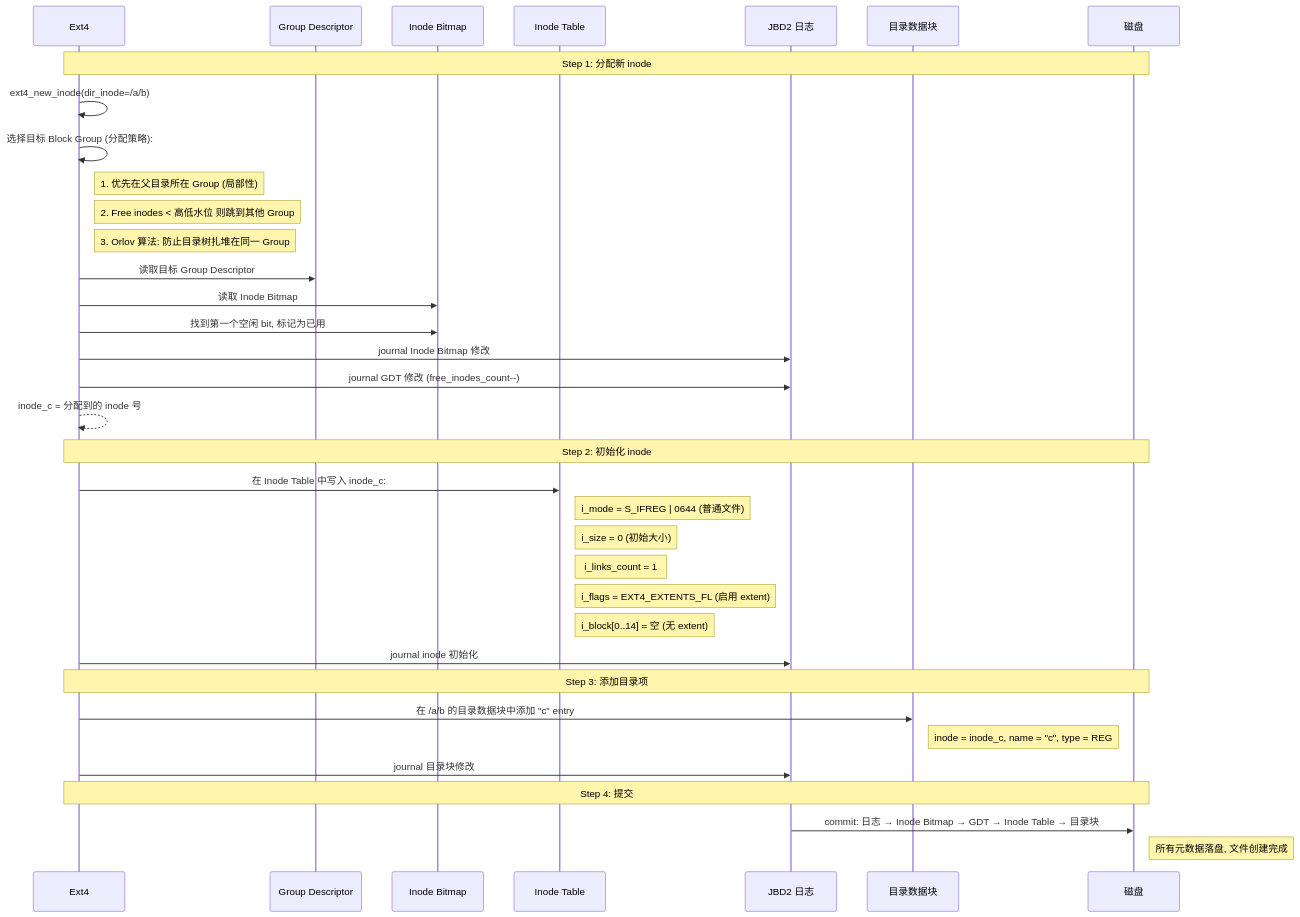
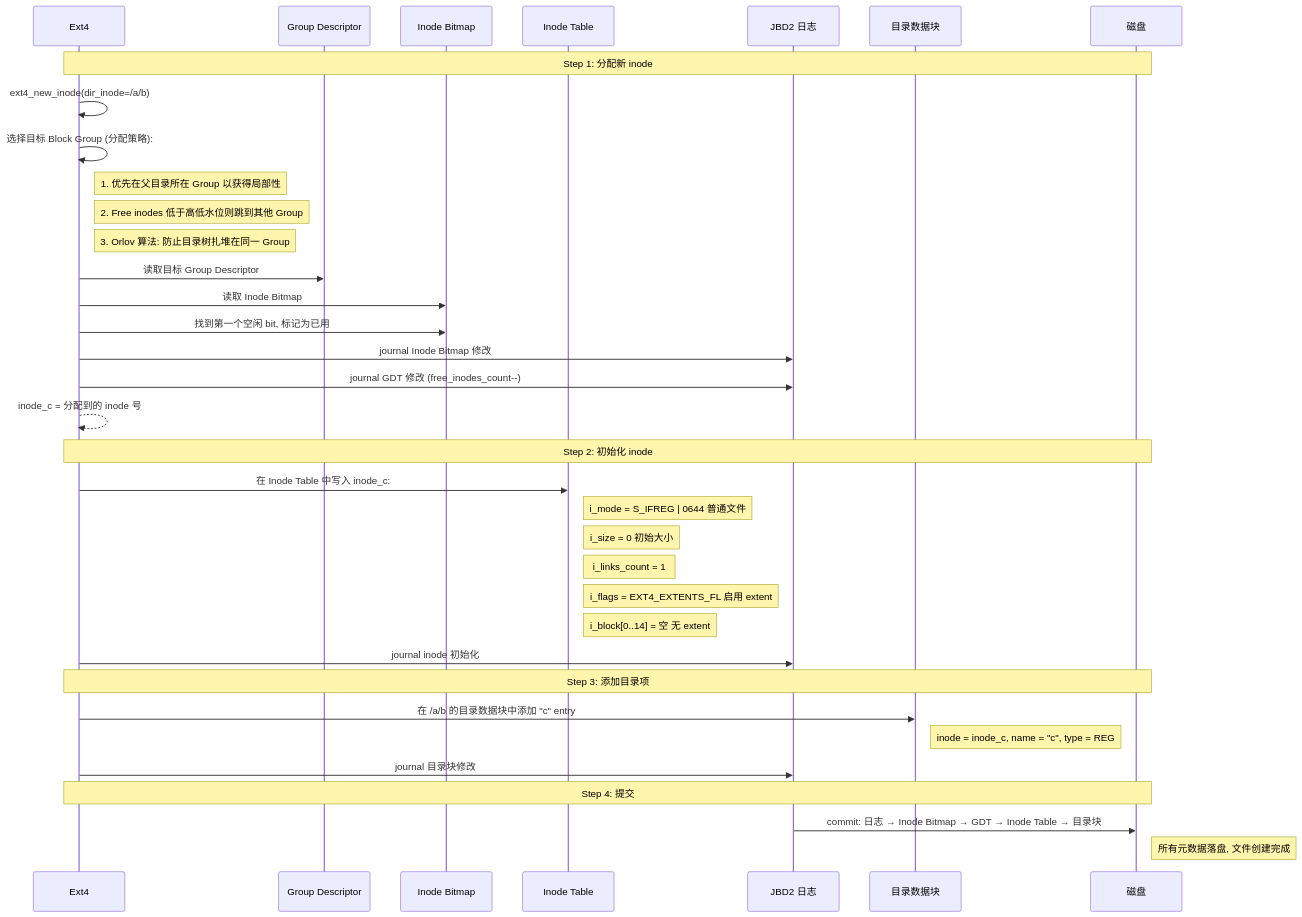
One commit to carlvinhust2012/MyStudy changed the third of 5 diagrams in Storage/ext4/ext4写入文件分析.md. Above: the diagram before and after it, drawn with Mermaid. The commit also changed other lines of this file, not shown here.

Commit message:
update the ext4 file

````diff
--- a/Storage/ext4/ext4写入文件分析.md
+++ b/Storage/ext4/ext4写入文件分析.md
@@ -245,45 +246,45 @@
 ```mermaid
 sequenceDiagram
     participant EXT as Ext4
     participant GDT as Group Descriptor
     participant IBMP as Inode Bitmap
     participant IT as Inode Table
     participant JBD2 as JBD2 日志
     participant DB as 目录数据块
     participant Disk as 磁盘
 
     Note over EXT,Disk: Step 1: 分配新 inode
 
     EXT->>EXT: ext4_new_inode(dir_inode=/a/b)
     EXT->>EXT: 选择目标 Block Group (分配策略):
-    Note right of EXT: 1. 优先在父目录所在 Group (局部性)
-    Note right of EXT: 2. Free inodes < 高低水位 则跳到其他 Group
+    Note right of EXT: 1. 优先在父目录所在 Group 以获得局部性
+    Note right of EXT: 2. Free inodes 低于高低水位则跳到其他 Group
     Note right of EXT: 3. Orlov 算法: 防止目录树扎堆在同一 Group
     EXT->>GDT: 读取目标 Group Descriptor
     EXT->>IBMP: 读取 Inode Bitmap
     EXT->>IBMP: 找到第一个空闲 bit, 标记为已用
     EXT->>JBD2: journal Inode Bitmap 修改
     EXT->>JBD2: journal GDT 修改 (free_inodes_count--)
     EXT-->>EXT: inode_c = 分配到的 inode 号
 
     Note over EXT,Disk: Step 2: 初始化 inode
 
     EXT->>IT: 在 Inode Table 中写入 inode_c:
-    Note right of IT: i_mode = S_IFREG | 0644 (普通文件)
-    Note right of IT: i_size = 0 (初始大小)
+    Note right of IT: i_mode = S_IFREG | 0644 普通文件
+    Note right of IT: i_size = 0 初始大小
     Note right of IT: i_links_count = 1
-    Note right of IT: i_flags = EXT4_EXTENTS_FL (启用 extent)
-    Note right of IT: i_block[0..14] = 空 (无 extent)
+    Note right of IT: i_flags = EXT4_EXTENTS_FL 启用 extent
+    Note right of IT: i_block[0..14] = 空 无 extent
     EXT->>JBD2: journal inode 初始化
 
     Note over EXT,Disk: Step 3: 添加目录项
 
     EXT->>DB: 在 /a/b 的目录数据块中添加 "c" entry
     Note right of DB: inode = inode_c, name = "c", type = REG
     EXT->>JBD2: journal 目录块修改
 
     Note over EXT,Disk: Step 4: 提交
 
     JBD2->>Disk: commit: 日志 → Inode Bitmap → GDT → Inode Table → 目录块
     Note right of Disk: 所有元数据落盘, 文件创建完成
 ```
````
